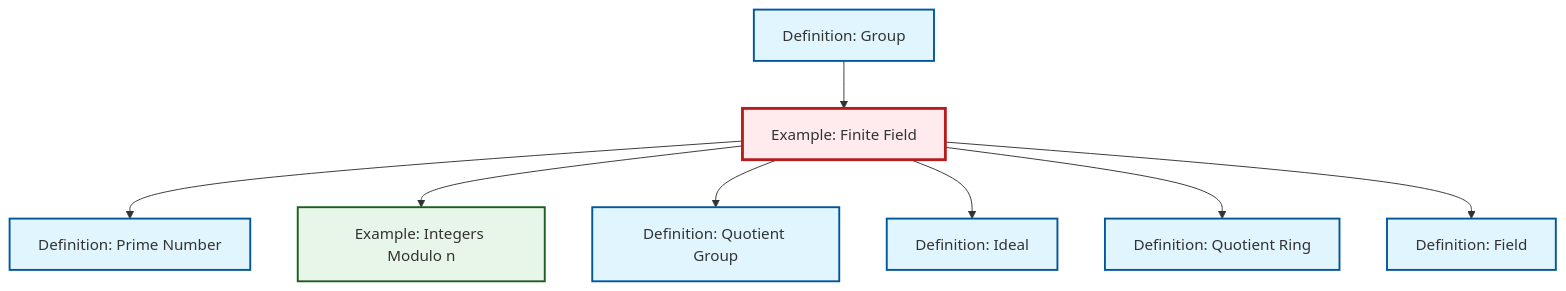
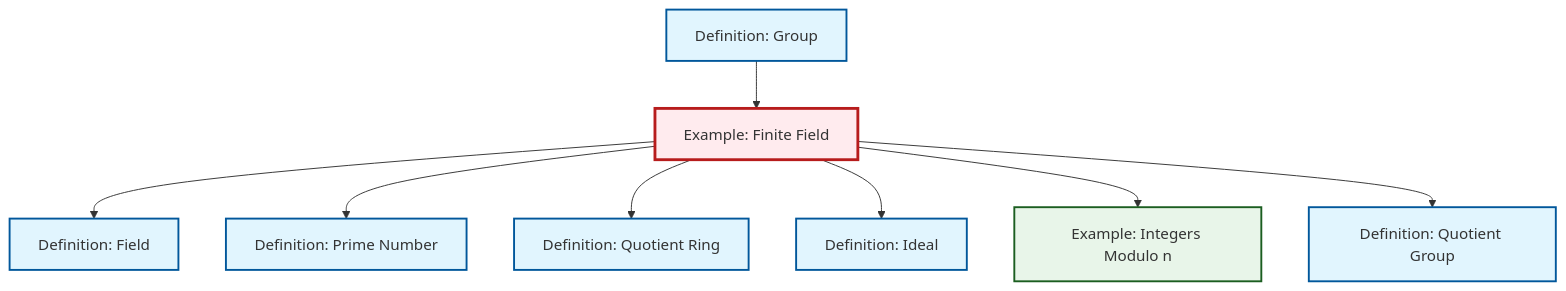
The diagram in content/ja/algebra/ex-finite-field.qmd (RK0429/ModernMath), drawn with Mermaid before and after one commit. The commit also changed other lines of this file and 654 other files, not shown here.

First line of the commit message:
fix: Update cross-references to equivalence relation in quotient ring definitions

````diff
--- a/content/ja/algebra/ex-finite-field.qmd
+++ b/content/ja/algebra/ex-finite-field.qmd
@@ -67,32 +67,32 @@
 ```{mermaid}
 %%| fig-cap: "Local dependency graph"
 graph TD
     classDef definition fill:#e1f5fe,stroke:#01579b,stroke-width:2px
     classDef theorem fill:#f3e5f5,stroke:#4a148c,stroke-width:2px
     classDef axiom fill:#fff3e0,stroke:#e65100,stroke-width:2px
     classDef example fill:#e8f5e9,stroke:#1b5e20,stroke-width:2px
     classDef current fill:#ffebee,stroke:#b71c1c,stroke-width:3px
+    def-quotient-ring["Definition: Quotient Ring"]:::definition
+    def-field["Definition: Field"]:::definition
     def-group["Definition: Group"]:::definition
-    def-quotient-ring["Definition: Quotient Ring"]:::definition
     def-quotient-group["Definition: Quotient Group"]:::definition
+    def-ideal["Definition: Ideal"]:::definition
+    ex-finite-field["Example: Finite Field"]:::example
+    def-prime["Definition: Prime Number"]:::definition
     ex-quotient-integers-mod-n["Example: Integers Modulo n"]:::example
-    ex-finite-field["Example: Finite Field"]:::example
-    def-field["Definition: Field"]:::definition
-    def-prime["Definition: Prime Number"]:::definition
-    def-ideal["Definition: Ideal"]:::definition
-    def-group --> ex-finite-field
+    ex-finite-field --> def-field
     ex-finite-field --> def-prime
+    ex-finite-field --> def-quotient-ring
+    ex-finite-field --> def-ideal
     ex-finite-field --> ex-quotient-integers-mod-n
     ex-finite-field --> def-quotient-group
-    ex-finite-field --> def-ideal
-    ex-finite-field --> def-quotient-ring
-    ex-finite-field --> def-field
+    def-group --> ex-finite-field
     class ex-finite-field current
+    click def-quotient-ring "def-quotient-ring.html" "Definition: Quotient Ringへ"
+    click def-field "def-field.html" "Definition: Fieldへ"
     click def-group "def-group.html" "Definition: Groupへ"
-    click def-quotient-ring "def-quotient-ring.html" "Definition: Quotient Ringへ"
     click def-quotient-group "def-quotient-group.html" "Definition: Quotient Groupへ"
+    click def-ideal "def-ideal.html" "Definition: Idealへ"
+    click def-prime "def-prime.html" "Definition: Prime Numberへ"
     click ex-quotient-integers-mod-n "ex-quotient-integers-mod-n.html" "Example: Integers Modulo nへ"
-    click def-field "def-field.html" "Definition: Fieldへ"
-    click def-prime "def-prime.html" "Definition: Prime Numberへ"
-    click def-ideal "def-ideal.html" "Definition: Idealへ"
 ```
````
